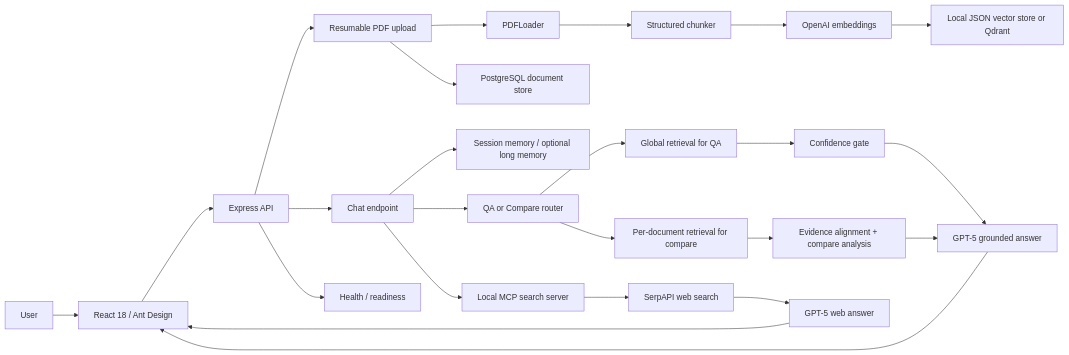
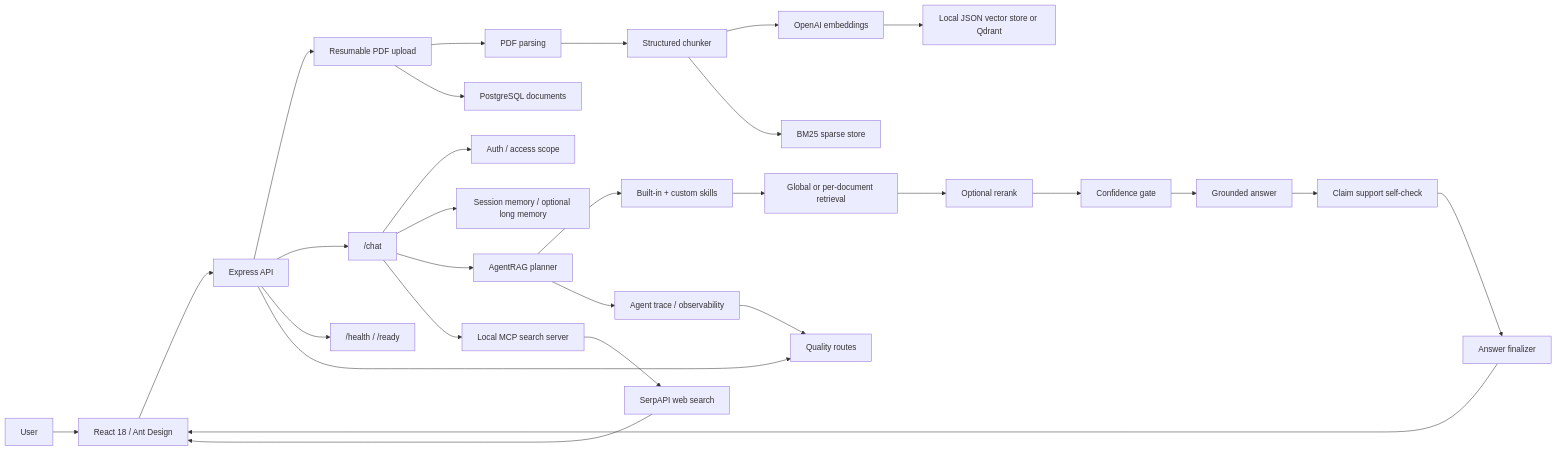
Before and after one commit to luc1ferxx/Luc1ferxx_Archive_RAG: the second of 2 diagrams in README.md, drawn with Mermaid. The commit also changed other lines of this file and 23 other files, not shown here.

````diff
--- a/README.md
+++ b/README.md
@@ -61,31 +221,36 @@
 ```mermaid
 flowchart LR
   U["User"] --> UI["React 18 / Ant Design"]
   UI --> API["Express API"]
 
   API --> Upload["Resumable PDF upload"]
-  API --> Chat["Chat endpoint"]
-  API --> Health["Health / readiness"]
+  API --> Chat["/chat"]
+  API --> Health["/health / /ready"]
+  API --> Quality["Quality routes"]
 
-  Upload --> PDF["PDFLoader"]
+  Upload --> PDF["PDF parsing"]
   PDF --> Chunker["Structured chunker"]
   Chunker --> Embed["OpenAI embeddings"]
   Embed --> Vector["Local JSON vector store or Qdrant"]
-  Upload --> PGDocs["PostgreSQL document store"]
+  Chunker --> Sparse["BM25 sparse store"]
+  Upload --> PGDocs["PostgreSQL documents"]
 
+  Chat --> Auth["Auth / access scope"]
   Chat --> Memory["Session memory / optional long memory"]
-  Chat --> Router["QA or Compare router"]
-  Router --> QA["Global retrieval for QA"]
-  Router --> Compare["Per-document retrieval for compare"]
-  QA --> Confidence["Confidence gate"]
-  Compare --> Alignment["Evidence alignment + compare analysis"]
-  Confidence --> Writer["GPT-5 grounded answer"]
-  Alignment --> Writer
+  Chat --> Agent["AgentRAG planner"]
+  Agent --> Skills["Built-in + custom skills"]
+  Skills --> Retriever["Global or per-document retrieval"]
+  Retriever --> Rerank["Optional rerank"]
+  Rerank --> Confidence["Confidence gate"]
+  Confidence --> Writer["Grounded answer"]
+  Writer --> SelfCheck["Claim support self-check"]
+  SelfCheck --> Finalizer["Answer finalizer"]
 
   Chat --> MCP["Local MCP search server"]
   MCP --> Web["SerpAPI web search"]
-  Web --> WebWriter["GPT-5 web answer"]
 
-  Writer --> UI
-  WebWriter --> UI
+  Finalizer --> UI
+  Web --> UI
+  Agent --> Trace["Agent trace / observability"]
+  Trace --> Quality
 ```
````
